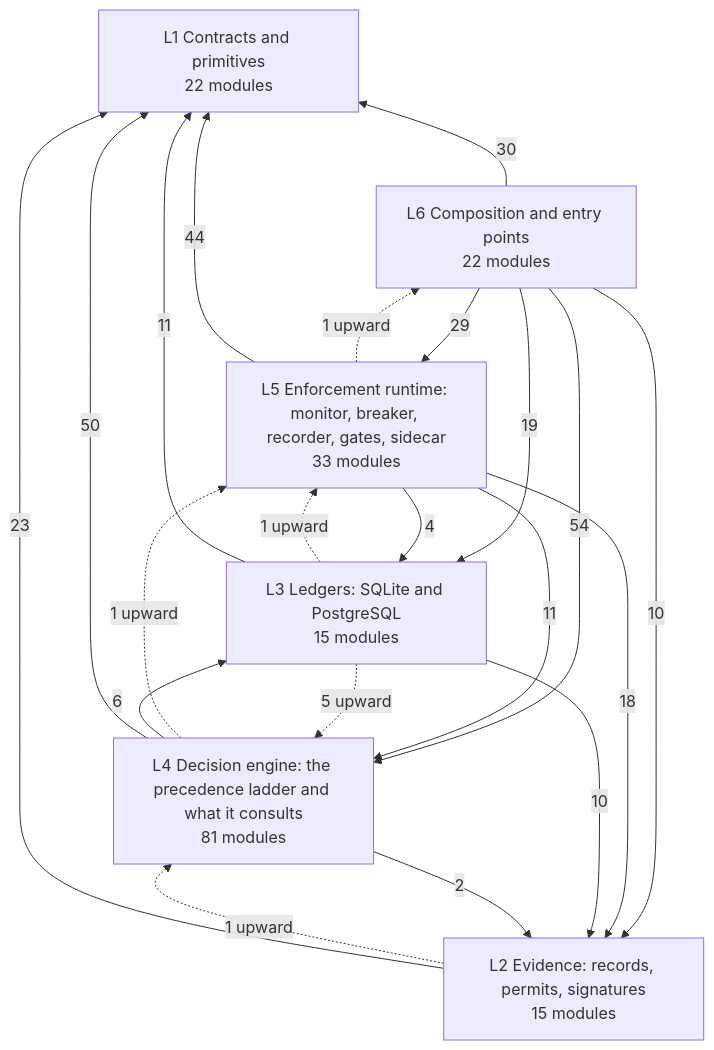
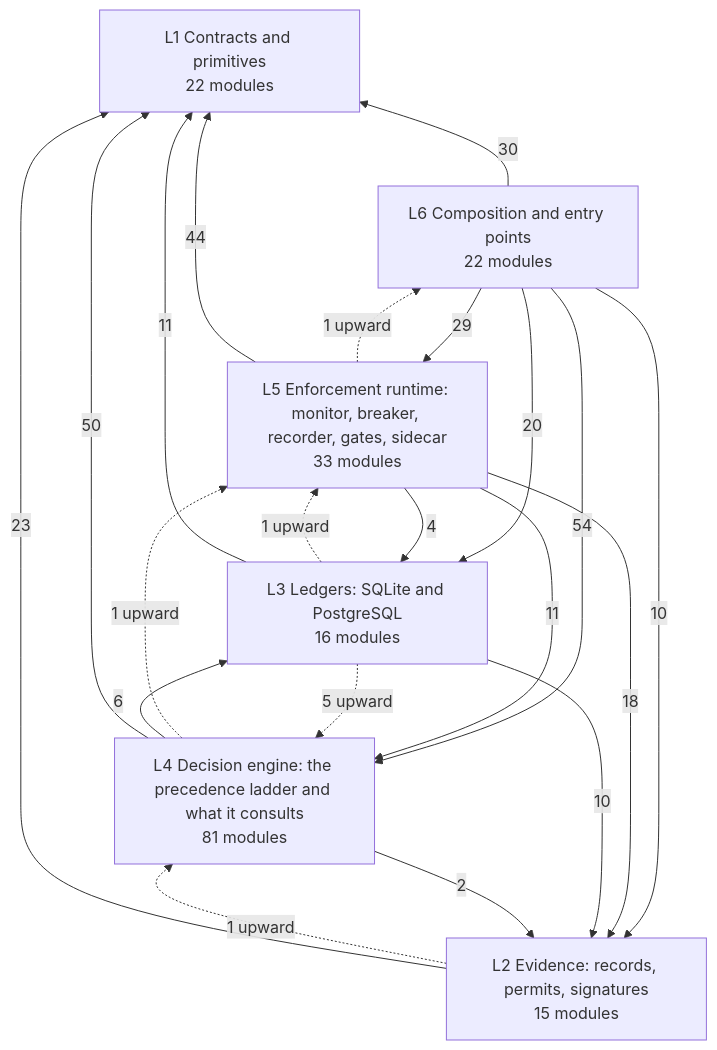
The diagram in docs/architecture/DEPENDENCIES.md (LOLA0786/privatevault-agent-dna), drawn with Mermaid before and after one commit. The commit also changed other lines of this file and 22 other files, not shown here.

````diff
--- a/docs/architecture/DEPENDENCIES.md
+++ b/docs/architecture/DEPENDENCIES.md
@@ -12,29 +12,29 @@
 ```mermaid
 flowchart BT
   L1["L1 Contracts and primitives<br/>22 modules"]
   L2["L2 Evidence: records, permits, signatures<br/>15 modules"]
-  L3["L3 Ledgers: SQLite and PostgreSQL<br/>15 modules"]
+  L3["L3 Ledgers: SQLite and PostgreSQL<br/>16 modules"]
   L4["L4 Decision engine: the precedence ladder and what it consults<br/>81 modules"]
   L5["L5 Enforcement runtime: monitor, breaker, recorder, gates, sidecar<br/>33 modules"]
   L6["L6 Composition and entry points<br/>22 modules"]
   L2 -->|23| L1
   L3 -->|11| L1
   L3 -->|10| L2
   L4 -->|50| L1
   L4 -->|2| L2
   L4 -->|6| L3
   L5 -->|44| L1
   L5 -->|18| L2
   L5 -->|4| L3
   L5 -->|11| L4
   L6 -->|30| L1
   L6 -->|10| L2
-  L6 -->|19| L3
+  L6 -->|20| L3
   L6 -->|54| L4
   L6 -->|29| L5
   L2 -.->|1 upward| L4
   L3 -.->|5 upward| L4
   L3 -.->|1 upward| L5
   L4 -.->|1 upward| L5
   L5 -.->|1 upward| L6
 ```
````
